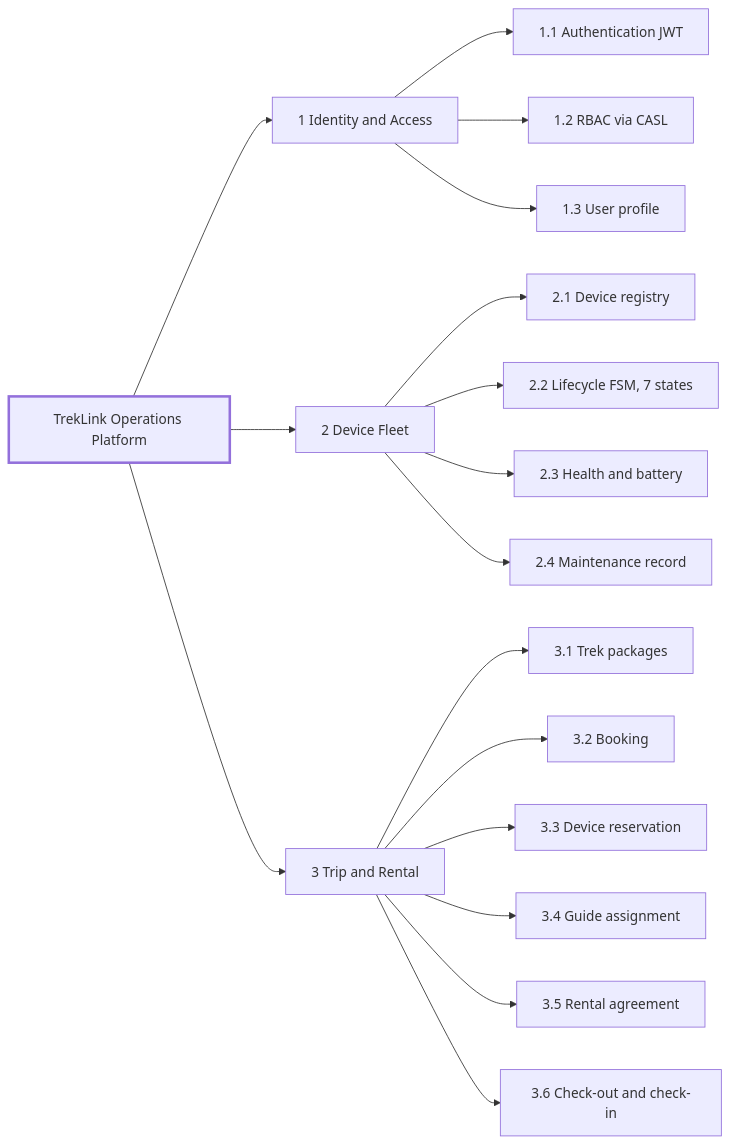
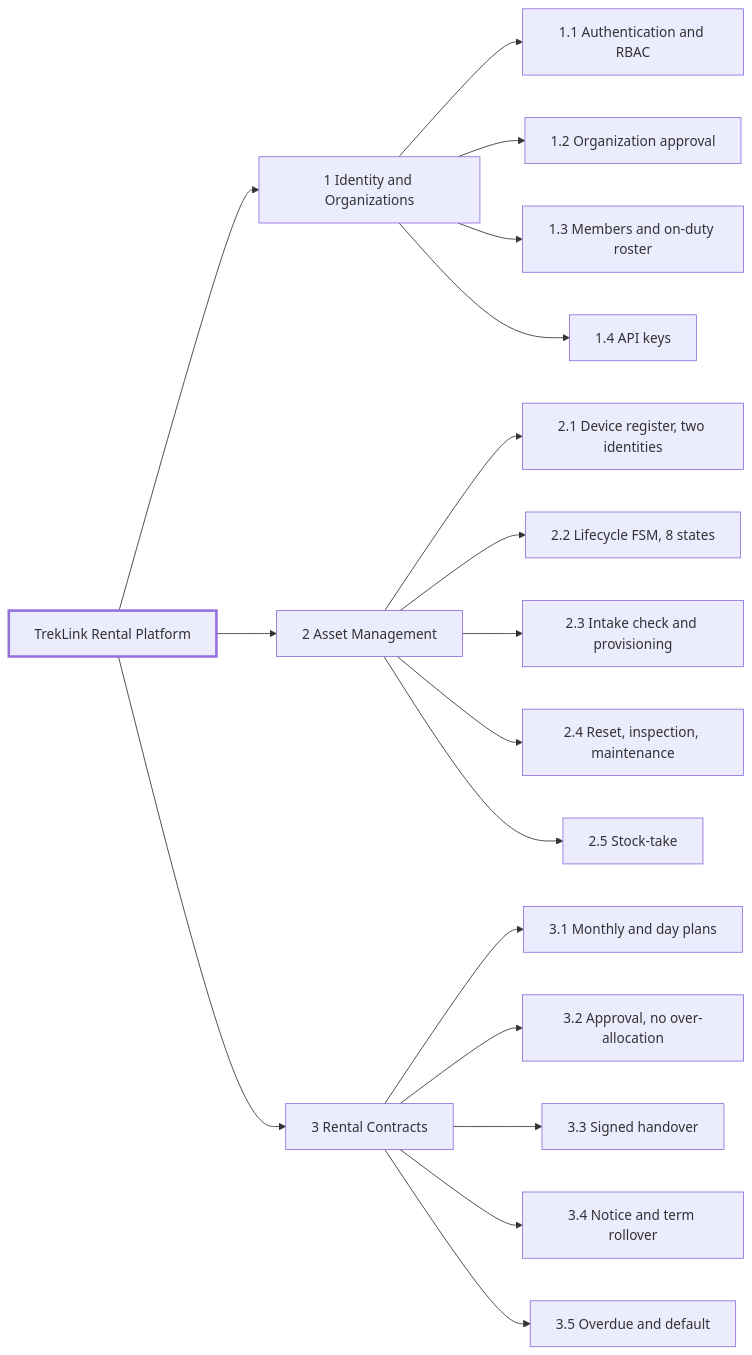
The fifth of 7 diagrams in _docs/00-project-context/06-requirements-foundation.md (TrekLink-Team/treklink-docs), drawn with Mermaid before and after one commit. The commit also changed other lines of this file and 8 other files, not shown here.

First line of the commit message:
docs: rescope to an enterprise device-rental platform (D-033 to D-035)

````diff
--- a/_docs/00-project-context/06-requirements-foundation.md
+++ b/_docs/00-project-context/06-requirements-foundation.md
@@ -195,11 +153,11 @@
 ```mermaid
 flowchart LR
-    ROOT[TrekLink Operations Platform]
-    ROOT --> F1[1 Identity and Access]
-    ROOT --> F2[2 Device Fleet]
-    ROOT --> F3[3 Trip and Rental]
-    F1 --> F1a[1.1 Authentication JWT] & F1b[1.2 RBAC via CASL] & F1c[1.3 User profile]
-    F2 --> F2a[2.1 Device registry] & F2b[2.2 Lifecycle FSM, 7 states] & F2c[2.3 Health and battery] & F2d[2.4 Maintenance record]
-    F3 --> F3a[3.1 Trek packages] & F3b[3.2 Booking] & F3c[3.3 Device reservation] & F3d[3.4 Guide assignment] & F3e[3.5 Rental agreement] & F3f[3.6 Check-out and check-in]
+    ROOT[TrekLink Rental Platform]
+    ROOT --> F1[1 Identity and Organizations]
+    ROOT --> F2[2 Asset Management]
+    ROOT --> F3[3 Rental Contracts]
+    F1 --> F1a[1.1 Authentication and RBAC] & F1b[1.2 Organization approval] & F1c[1.3 Members and on-duty roster] & F1d[1.4 API keys]
+    F2 --> F2a[2.1 Device register, two identities] & F2b[2.2 Lifecycle FSM, 8 states] & F2c[2.3 Intake check and provisioning] & F2d[2.4 Reset, inspection, maintenance] & F2e[2.5 Stock-take]
+    F3 --> F3a[3.1 Monthly and day plans] & F3b[3.2 Approval, no over-allocation] & F3c[3.3 Signed handover] & F3d[3.4 Notice and term rollover] & F3e[3.5 Overdue and default]
     style ROOT stroke-width:3px
 ```
````
